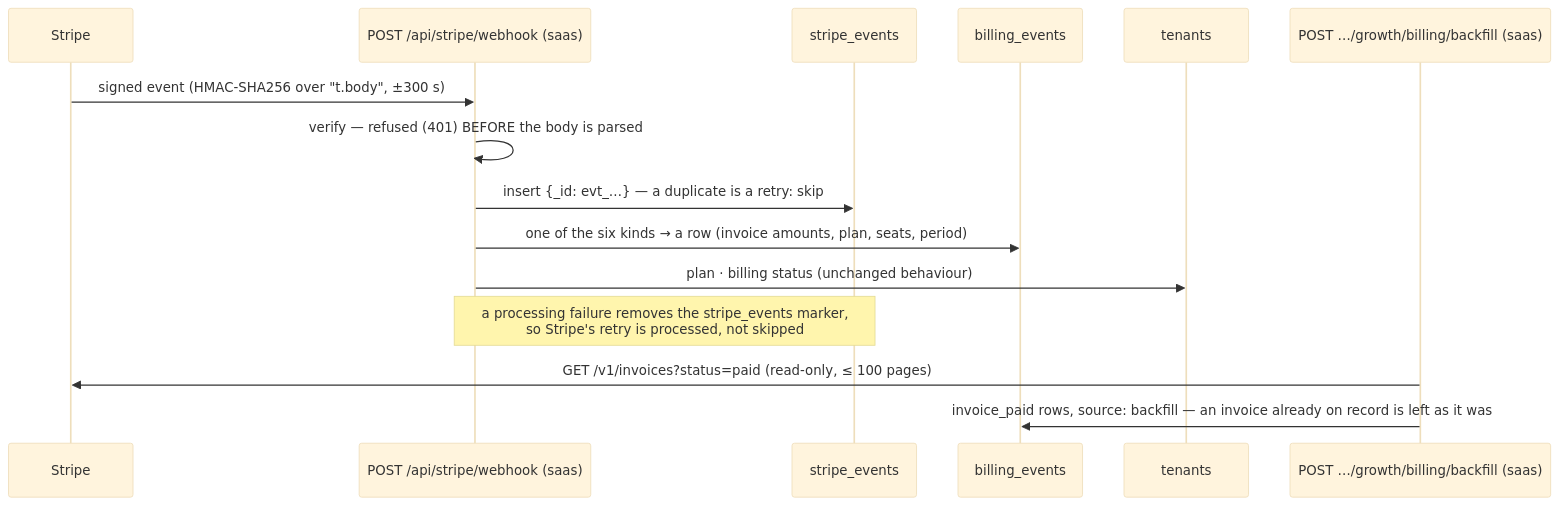
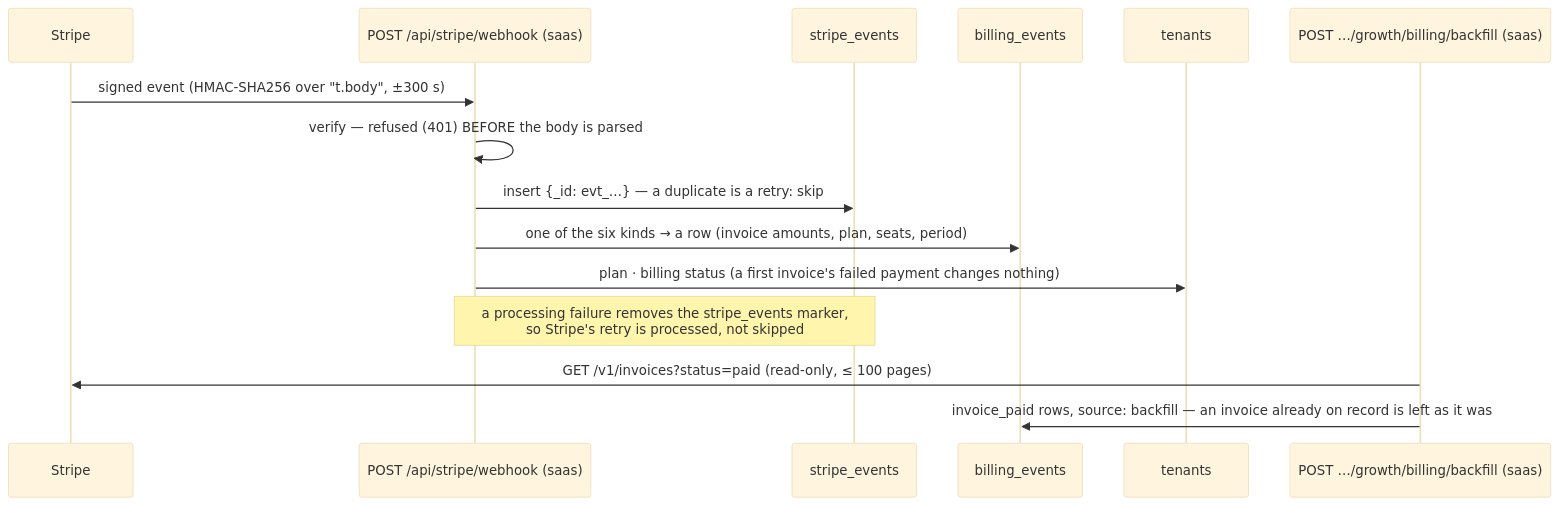
Before and after one commit to gjovanov/roomler-ai: diagram 16 of 20 in docs/growth-observability.md, drawn with Mermaid (base theme). The commit also changed other lines of this file and 7 other files, not shown here.

````diff
--- a/docs/growth-observability.md
+++ b/docs/growth-observability.md
@@ -1515,17 +1515,17 @@
 ```mermaid
 sequenceDiagram
     participant ST as Stripe
     participant W as POST /api/stripe/webhook (saas)
     participant SE as stripe_events
     participant BE as billing_events
     participant T as tenants
     participant BF as POST …/growth/billing/backfill (saas)
     ST->>W: signed event (HMAC-SHA256 over "t.body", ±300 s)
     W->>W: verify — refused (401) BEFORE the body is parsed
     W->>SE: insert {_id: evt_…} — a duplicate is a retry: skip
     W->>BE: one of the six kinds → a row (invoice amounts, plan, seats, period)
-    W->>T: plan · billing status (unchanged behaviour)
+    W->>T: plan · billing status (a first invoice's failed payment changes nothing)
     Note over W,SE: a processing failure removes the stripe_events marker,<br/>so Stripe's retry is processed, not skipped
     BF->>ST: GET /v1/invoices?status=paid (read-only, ≤ 100 pages)
     BF->>BE: invoice_paid rows, source: backfill — an invoice already on record is left as it was
 ```
````
